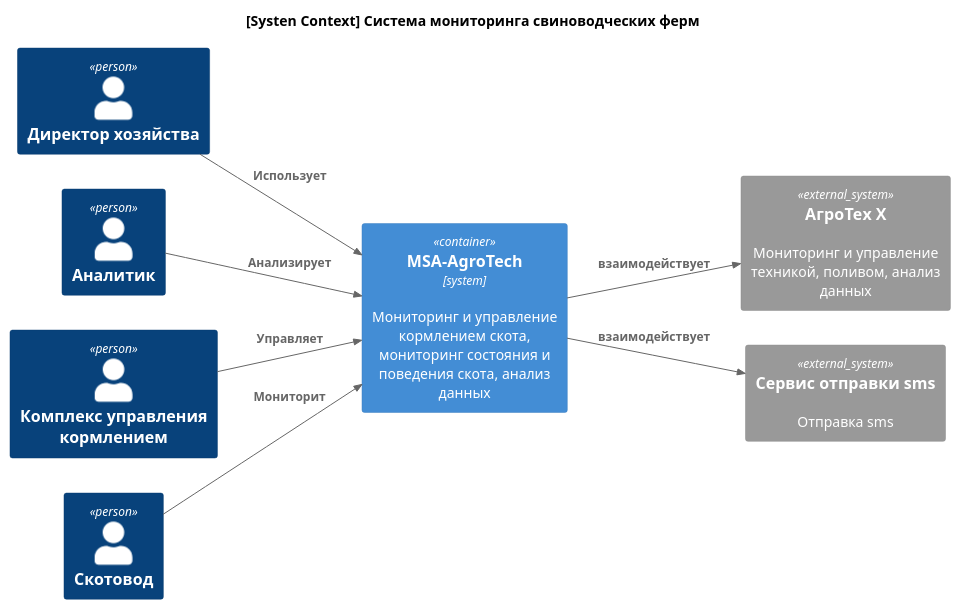
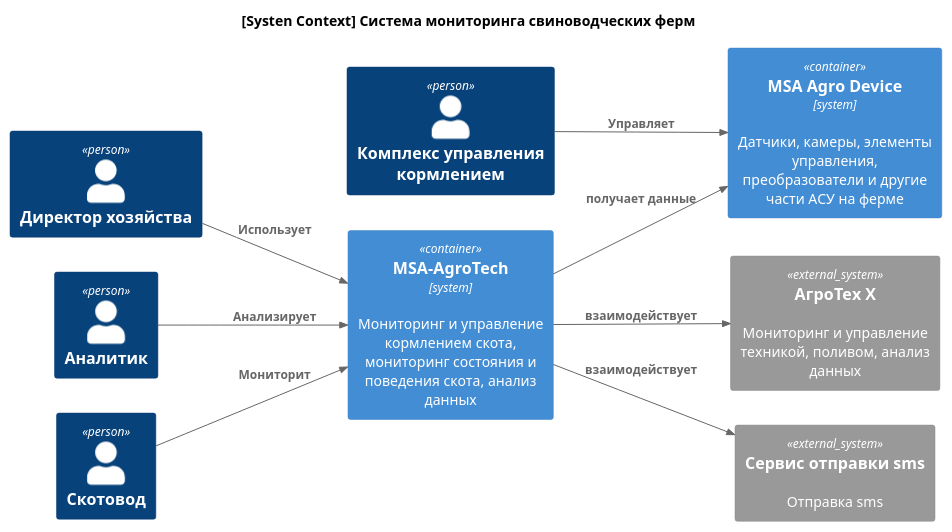
Before and after one commit to brazn1986/MSA-AgroTech: the diagram in Task1/C1-alternative.puml, drawn with PlantUML. The commit also changed 14 other files, not shown here.

```diff
--- a/Task1/C1-alternative.puml
+++ b/Task1/C1-alternative.puml
@@ -1,28 +1,30 @@
 @startuml
  !include https://raw.githubusercontent.com/plantuml-stdlib/C4-PlantUML/master/C4_Container.puml
 
  LAYOUT_LANDSCAPE()
 
  title
   <b>[Systen Context] Система мониторинга свиноводческих ферм</b>
  end title
 
  Person(prod_owner, "Директор хозяйства")
  Person(analytic, "Аналитик")
  Person(feed_mng, "Комплекс управления кормлением")
  Person(animal_watcher, "Скотовод")
 
+ Container(msa_farm, "MSA Agro Device", "system", "Датчики, камеры, элементы управления, преобразователи и другие части АСУ на ферме")
  Container(msa_agrotech_system, "MSA-AgroTech", "system", "Мониторинг и управление кормлением скота, мониторинг состояния и поведения скота, анализ данных")
   
  Rel(prod_owner, msa_agrotech_system, "Использует")
  Rel(analytic, msa_agrotech_system, "Анализирует")
- Rel(feed_mng, msa_agrotech_system, "Управляет")
+ Rel(feed_mng, msa_farm, "Управляет")
  Rel(animal_watcher, msa_agrotech_system, "Мониторит")
 
  System_Ext(agrotech_system, "АгроТех Х", "Мониторинг и управление техникой, поливом, анализ данных ")
  System_Ext(sms_service, "Сервис отправки sms", "Отправка sms")
 
  Rel(msa_agrotech_system, agrotech_system, "взаимодействует" )
  Rel(msa_agrotech_system, sms_service, "взаимодействует" )
+  Rel(msa_agrotech_system, msa_farm, "получает данные" )
 
  @enduml
```
